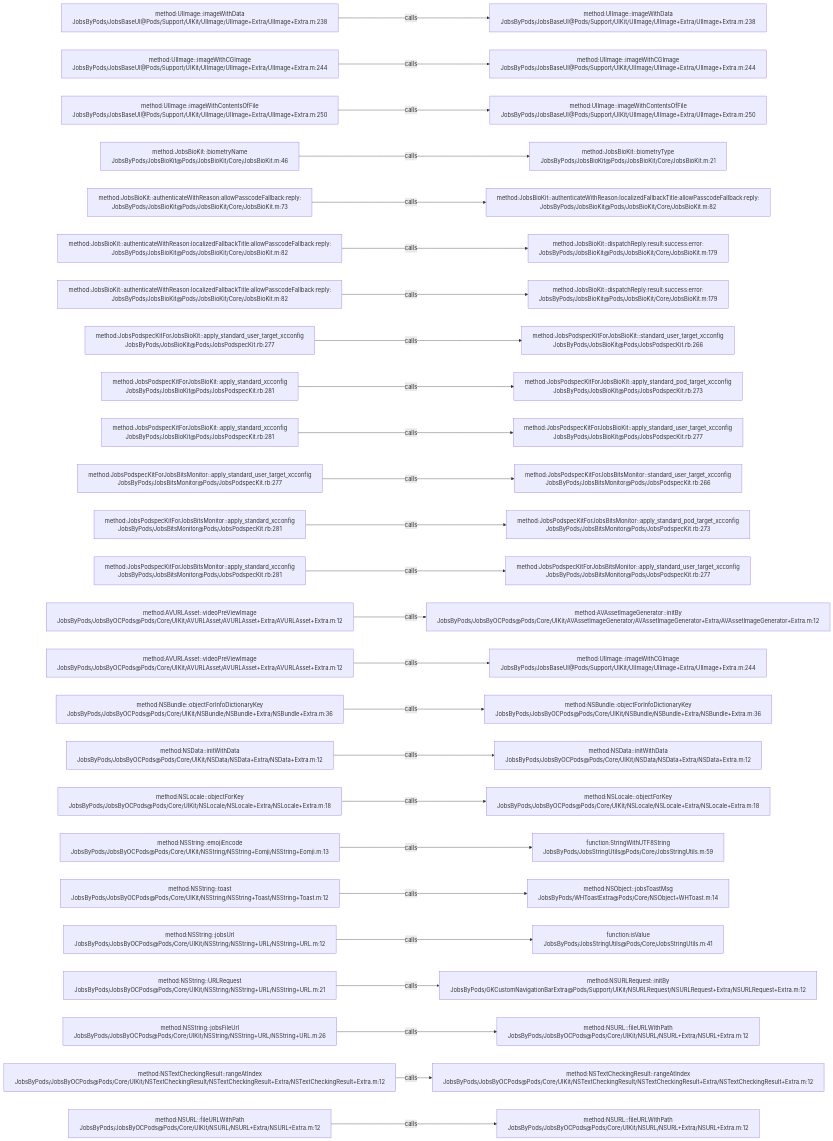
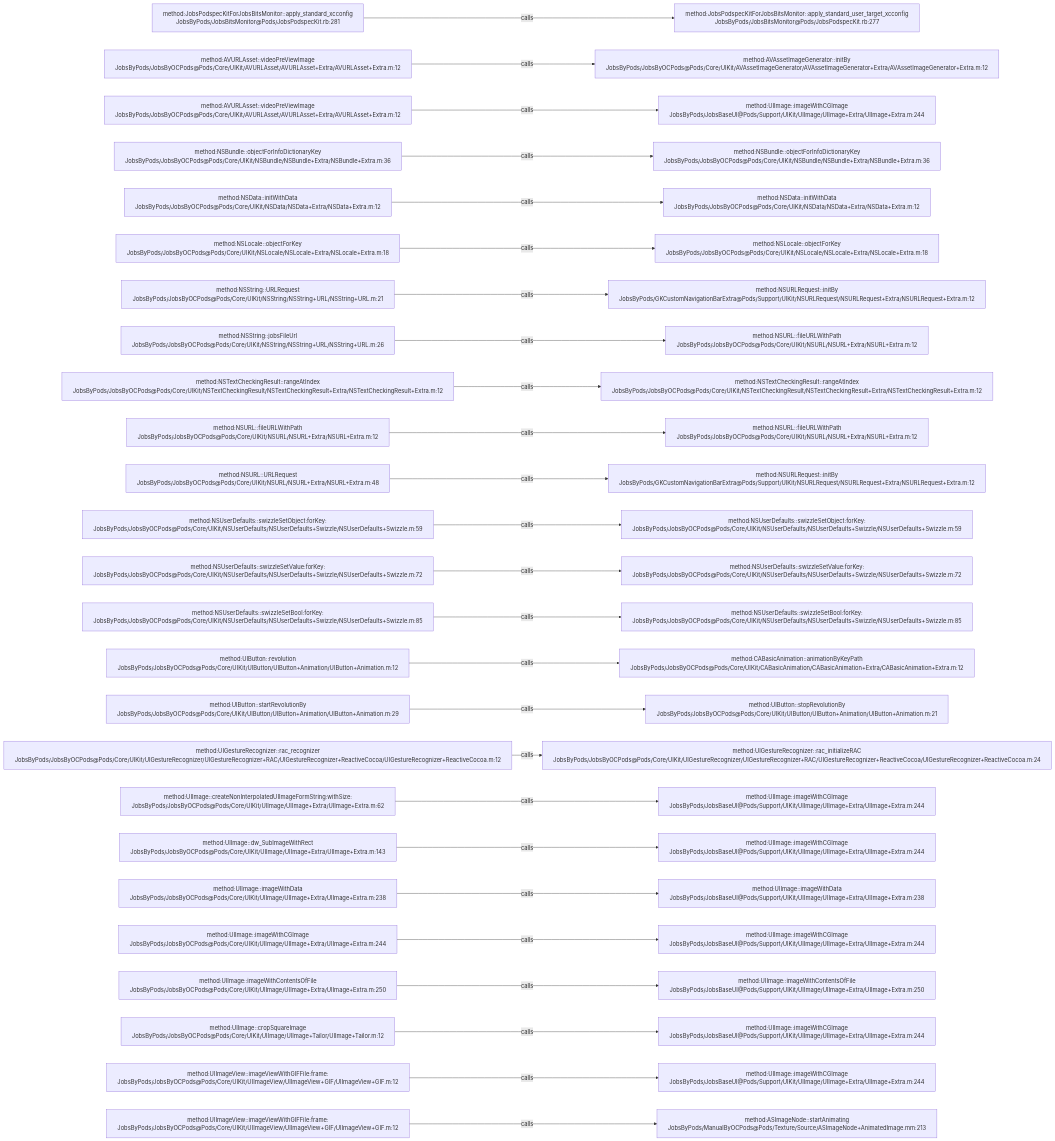
One commit to JobsKits/JobsOCBaseConfigDemo changed the diagram in .codegraph/codegraph.md/graphs/calls-004.md. Above: the diagram before and after it, drawn with Mermaid. The commit also changed 1353 other files, not shown here.

````diff
--- a/.codegraph/codegraph.md/graphs/calls-004.md
+++ b/.codegraph/codegraph.md/graphs/calls-004.md
@@ -13,78 +13,78 @@
 ```mermaid
 flowchart LR
-  S1["method:UIImage::imageWithData<br/>JobsByPods/JobsBaseUI@Pods/Support/UIKit/UIImage/UIImage+Extra/UIImage+Extra.m:238"]
-  T1["method:UIImage::imageWithData<br/>JobsByPods/JobsBaseUI@Pods/Support/UIKit/UIImage/UIImage+Extra/UIImage+Extra.m:238"]
+  S1["method:JobsPodspecKitForJobsBitsMonitor::apply_standard_xcconfig<br/>JobsByPods/JobsBitsMonitor@Pods/JobsPodspecKit.rb:281"]
+  T1["method:JobsPodspecKitForJobsBitsMonitor::apply_standard_user_target_xcconfig<br/>JobsByPods/JobsBitsMonitor@Pods/JobsPodspecKit.rb:277"]
   S1 -->|calls| T1
-  S2["method:UIImage::imageWithCGImage<br/>JobsByPods/JobsBaseUI@Pods/Support/UIKit/UIImage/UIImage+Extra/UIImage+Extra.m:244"]
-  T2["method:UIImage::imageWithCGImage<br/>JobsByPods/JobsBaseUI@Pods/Support/UIKit/UIImage/UIImage+Extra/UIImage+Extra.m:244"]
+  S2["method:AVURLAsset::videoPreViewImage<br/>JobsByPods/JobsByOCPods@Pods/Core/UIKit/AVURLAsset/AVURLAsset+Extra/AVURLAsset+Extra.m:12"]
+  T2["method:AVAssetImageGenerator::initBy<br/>JobsByPods/JobsByOCPods@Pods/Core/UIKit/AVAssetImageGenerator/AVAssetImageGenerator+Extra/AVAssetImageGenerator+Extra.m:12"]
   S2 -->|calls| T2
-  S3["method:UIImage::imageWithContentsOfFile<br/>JobsByPods/JobsBaseUI@Pods/Support/UIKit/UIImage/UIImage+Extra/UIImage+Extra.m:250"]
-  T3["method:UIImage::imageWithContentsOfFile<br/>JobsByPods/JobsBaseUI@Pods/Support/UIKit/UIImage/UIImage+Extra/UIImage+Extra.m:250"]
+  S3["method:AVURLAsset::videoPreViewImage<br/>JobsByPods/JobsByOCPods@Pods/Core/UIKit/AVURLAsset/AVURLAsset+Extra/AVURLAsset+Extra.m:12"]
+  T3["method:UIImage::imageWithCGImage<br/>JobsByPods/JobsBaseUI@Pods/Support/UIKit/UIImage/UIImage+Extra/UIImage+Extra.m:244"]
   S3 -->|calls| T3
-  S4["method:JobsBioKit::biometryName<br/>JobsByPods/JobsBioKit@Pods/JobsBioKit/Core/JobsBioKit.m:46"]
-  T4["method:JobsBioKit::biometryType<br/>JobsByPods/JobsBioKit@Pods/JobsBioKit/Core/JobsBioKit.m:21"]
+  S4["method:NSBundle::objectForInfoDictionaryKey<br/>JobsByPods/JobsByOCPods@Pods/Core/UIKit/NSBundle/NSBundle+Extra/NSBundle+Extra.m:36"]
+  T4["method:NSBundle::objectForInfoDictionaryKey<br/>JobsByPods/JobsByOCPods@Pods/Core/UIKit/NSBundle/NSBundle+Extra/NSBundle+Extra.m:36"]
   S4 -->|calls| T4
-  S5["method:JobsBioKit::authenticateWithReason:allowPasscodeFallback:reply:<br/>JobsByPods/JobsBioKit@Pods/JobsBioKit/Core/JobsBioKit.m:73"]
-  T5["method:JobsBioKit::authenticateWithReason:localizedFallbackTitle:allowPasscodeFallback:reply:<br/>JobsByPods/JobsBioKit@Pods/JobsBioKit/Core/JobsBioKit.m:82"]
+  S5["method:NSData::initWithData<br/>JobsByPods/JobsByOCPods@Pods/Core/UIKit/NSData/NSData+Extra/NSData+Extra.m:12"]
+  T5["method:NSData::initWithData<br/>JobsByPods/JobsByOCPods@Pods/Core/UIKit/NSData/NSData+Extra/NSData+Extra.m:12"]
   S5 -->|calls| T5
-  S6["method:JobsBioKit::authenticateWithReason:localizedFallbackTitle:allowPasscodeFallback:reply:<br/>JobsByPods/JobsBioKit@Pods/JobsBioKit/Core/JobsBioKit.m:82"]
-  T6["method:JobsBioKit::dispatchReply:result:success:error:<br/>JobsByPods/JobsBioKit@Pods/JobsBioKit/Core/JobsBioKit.m:179"]
+  S6["method:NSLocale::objectForKey<br/>JobsByPods/JobsByOCPods@Pods/Core/UIKit/NSLocale/NSLocale+Extra/NSLocale+Extra.m:18"]
+  T6["method:NSLocale::objectForKey<br/>JobsByPods/JobsByOCPods@Pods/Core/UIKit/NSLocale/NSLocale+Extra/NSLocale+Extra.m:18"]
   S6 -->|calls| T6
-  S7["method:JobsBioKit::authenticateWithReason:localizedFallbackTitle:allowPasscodeFallback:reply:<br/>JobsByPods/JobsBioKit@Pods/JobsBioKit/Core/JobsBioKit.m:82"]
-  T7["method:JobsBioKit::dispatchReply:result:success:error:<br/>JobsByPods/JobsBioKit@Pods/JobsBioKit/Core/JobsBioKit.m:179"]
+  S7["method:NSString::URLRequest<br/>JobsByPods/JobsByOCPods@Pods/Core/UIKit/NSString/NSString+URL/NSString+URL.m:21"]
+  T7["method:NSURLRequest::initBy<br/>JobsByPods/GKCustomNavigationBarExtra@Pods/Support/UIKit/NSURLRequest/NSURLRequest+Extra/NSURLRequest+Extra.m:12"]
   S7 -->|calls| T7
-  S8["method:JobsPodspecKitForJobsBioKit::apply_standard_user_target_xcconfig<br/>JobsByPods/JobsBioKit@Pods/JobsPodspecKit.rb:277"]
-  T8["method:JobsPodspecKitForJobsBioKit::standard_user_target_xcconfig<br/>JobsByPods/JobsBioKit@Pods/JobsPodspecKit.rb:266"]
+  S8["method:NSString::jobsFileUrl<br/>JobsByPods/JobsByOCPods@Pods/Core/UIKit/NSString/NSString+URL/NSString+URL.m:26"]
+  T8["method:NSURL::fileURLWithPath<br/>JobsByPods/JobsByOCPods@Pods/Core/UIKit/NSURL/NSURL+Extra/NSURL+Extra.m:12"]
   S8 -->|calls| T8
-  S9["method:JobsPodspecKitForJobsBioKit::apply_standard_xcconfig<br/>JobsByPods/JobsBioKit@Pods/JobsPodspecKit.rb:281"]
-  T9["method:JobsPodspecKitForJobsBioKit::apply_standard_pod_target_xcconfig<br/>JobsByPods/JobsBioKit@Pods/JobsPodspecKit.rb:273"]
+  S9["method:NSTextCheckingResult::rangeAtIndex<br/>JobsByPods/JobsByOCPods@Pods/Core/UIKit/NSTextCheckingResult/NSTextCheckingResult+Extra/NSTextCheckingResult+Extra.m:12"]
+  T9["method:NSTextCheckingResult::rangeAtIndex<br/>JobsByPods/JobsByOCPods@Pods/Core/UIKit/NSTextCheckingResult/NSTextCheckingResult+Extra/NSTextCheckingResult+Extra.m:12"]
   S9 -->|calls| T9
-  S10["method:JobsPodspecKitForJobsBioKit::apply_standard_xcconfig<br/>JobsByPods/JobsBioKit@Pods/JobsPodspecKit.rb:281"]
-  T10["method:JobsPodspecKitForJobsBioKit::apply_standard_user_target_xcconfig<br/>JobsByPods/JobsBioKit@Pods/JobsPodspecKit.rb:277"]
+  S10["method:NSURL::fileURLWithPath<br/>JobsByPods/JobsByOCPods@Pods/Core/UIKit/NSURL/NSURL+Extra/NSURL+Extra.m:12"]
+  T10["method:NSURL::fileURLWithPath<br/>JobsByPods/JobsByOCPods@Pods/Core/UIKit/NSURL/NSURL+Extra/NSURL+Extra.m:12"]
   S10 -->|calls| T10
-  S11["method:JobsPodspecKitForJobsBitsMonitor::apply_standard_user_target_xcconfig<br/>JobsByPods/JobsBitsMonitor@Pods/JobsPodspecKit.rb:277"]
-  T11["method:JobsPodspecKitForJobsBitsMonitor::standard_user_target_xcconfig<br/>JobsByPods/JobsBitsMonitor@Pods/JobsPodspecKit.rb:266"]
+  S11["method:NSURL::URLRequest<br/>JobsByPods/JobsByOCPods@Pods/Core/UIKit/NSURL/NSURL+Extra/NSURL+Extra.m:48"]
+  T11["method:NSURLRequest::initBy<br/>JobsByPods/GKCustomNavigationBarExtra@Pods/Support/UIKit/NSURLRequest/NSURLRequest+Extra/NSURLRequest+Extra.m:12"]
   S11 -->|calls| T11
-  S12["method:JobsPodspecKitForJobsBitsMonitor::apply_standard_xcconfig<br/>JobsByPods/JobsBitsMonitor@Pods/JobsPodspecKit.rb:281"]
-  T12["method:JobsPodspecKitForJobsBitsMonitor::apply_standard_pod_target_xcconfig<br/>JobsByPods/JobsBitsMonitor@Pods/JobsPodspecKit.rb:273"]
+  S12["method:NSUserDefaults::swizzleSetObject:forKey:<br/>JobsByPods/JobsByOCPods@Pods/Core/UIKit/NSUserDefaults/NSUserDefaults+Swizzle/NSUserDefaults+Swizzle.m:59"]
+  T12["method:NSUserDefaults::swizzleSetObject:forKey:<br/>JobsByPods/JobsByOCPods@Pods/Core/UIKit/NSUserDefaults/NSUserDefaults+Swizzle/NSUserDefaults+Swizzle.m:59"]
   S12 -->|calls| T12
-  S13["method:JobsPodspecKitForJobsBitsMonitor::apply_standard_xcconfig<br/>JobsByPods/JobsBitsMonitor@Pods/JobsPodspecKit.rb:281"]
-  T13["method:JobsPodspecKitForJobsBitsMonitor::apply_standard_user_target_xcconfig<br/>JobsByPods/JobsBitsMonitor@Pods/JobsPodspecKit.rb:277"]
+  S13["method:NSUserDefaults::swizzleSetValue:forKey:<br/>JobsByPods/JobsByOCPods@Pods/Core/UIKit/NSUserDefaults/NSUserDefaults+Swizzle/NSUserDefaults+Swizzle.m:72"]
+  T13["method:NSUserDefaults::swizzleSetValue:forKey:<br/>JobsByPods/JobsByOCPods@Pods/Core/UIKit/NSUserDefaults/NSUserDefaults+Swizzle/NSUserDefaults+Swizzle.m:72"]
   S13 -->|calls| T13
-  S14["method:AVURLAsset::videoPreViewImage<br/>JobsByPods/JobsByOCPods@Pods/Core/UIKit/AVURLAsset/AVURLAsset+Extra/AVURLAsset+Extra.m:12"]
-  T14["method:AVAssetImageGenerator::initBy<br/>JobsByPods/JobsByOCPods@Pods/Core/UIKit/AVAssetImageGenerator/AVAssetImageGenerator+Extra/AVAssetImageGenerator+Extra.m:12"]
+  S14["method:NSUserDefaults::swizzleSetBool:forKey:<br/>JobsByPods/JobsByOCPods@Pods/Core/UIKit/NSUserDefaults/NSUserDefaults+Swizzle/NSUserDefaults+Swizzle.m:85"]
+  T14["method:NSUserDefaults::swizzleSetBool:forKey:<br/>JobsByPods/JobsByOCPods@Pods/Core/UIKit/NSUserDefaults/NSUserDefaults+Swizzle/NSUserDefaults+Swizzle.m:85"]
   S14 -->|calls| T14
-  S15["method:AVURLAsset::videoPreViewImage<br/>JobsByPods/JobsByOCPods@Pods/Core/UIKit/AVURLAsset/AVURLAsset+Extra/AVURLAsset+Extra.m:12"]
-  T15["method:UIImage::imageWithCGImage<br/>JobsByPods/JobsBaseUI@Pods/Support/UIKit/UIImage/UIImage+Extra/UIImage+Extra.m:244"]
+  S15["method:UIButton::revolution<br/>JobsByPods/JobsByOCPods@Pods/Core/UIKit/UIButton/UIButton+Animation/UIButton+Animation.m:12"]
+  T15["method:CABasicAnimation::animationByKeyPath<br/>JobsByPods/JobsByOCPods@Pods/Core/UIKit/CABasicAnimation/CABasicAnimation+Extra/CABasicAnimation+Extra.m:12"]
   S15 -->|calls| T15
-  S16["method:NSBundle::objectForInfoDictionaryKey<br/>JobsByPods/JobsByOCPods@Pods/Core/UIKit/NSBundle/NSBundle+Extra/NSBundle+Extra.m:36"]
-  T16["method:NSBundle::objectForInfoDictionaryKey<br/>JobsByPods/JobsByOCPods@Pods/Core/UIKit/NSBundle/NSBundle+Extra/NSBundle+Extra.m:36"]
+  S16["method:UIButton::startRevolutionBy<br/>JobsByPods/JobsByOCPods@Pods/Core/UIKit/UIButton/UIButton+Animation/UIButton+Animation.m:29"]
+  T16["method:UIButton::stopRevolutionBy<br/>JobsByPods/JobsByOCPods@Pods/Core/UIKit/UIButton/UIButton+Animation/UIButton+Animation.m:21"]
   S16 -->|calls| T16
-  S17["method:NSData::initWithData<br/>JobsByPods/JobsByOCPods@Pods/Core/UIKit/NSData/NSData+Extra/NSData+Extra.m:12"]
-  T17["method:NSData::initWithData<br/>JobsByPods/JobsByOCPods@Pods/Core/UIKit/NSData/NSData+Extra/NSData+Extra.m:12"]
+  S17["method:UIGestureRecognizer::rac_recognizer<br/>JobsByPods/JobsByOCPods@Pods/Core/UIKit/UIGestureRecognizer/UIGestureRecognizer+RAC/UIGestureRecognizer+ReactiveCocoa/UIGestureRecognizer+ReactiveCocoa.m:12"]
+  T17["method:UIGestureRecognizer::rac_initializeRAC<br/>JobsByPods/JobsByOCPods@Pods/Core/UIKit/UIGestureRecognizer/UIGestureRecognizer+RAC/UIGestureRecognizer+ReactiveCocoa/UIGestureRecognizer+ReactiveCocoa.m:24"]
   S17 -->|calls| T17
-  S18["method:NSLocale::objectForKey<br/>JobsByPods/JobsByOCPods@Pods/Core/UIKit/NSLocale/NSLocale+Extra/NSLocale+Extra.m:18"]
-  T18["method:NSLocale::objectForKey<br/>JobsByPods/JobsByOCPods@Pods/Core/UIKit/NSLocale/NSLocale+Extra/NSLocale+Extra.m:18"]
+  S18["method:UIImage::createNonInterpolatedUIImageFormString:withSize:<br/>JobsByPods/JobsByOCPods@Pods/Core/UIKit/UIImage/UIImage+Extra/UIImage+Extra.m:62"]
+  T18["method:UIImage::imageWithCGImage<br/>JobsByPods/JobsBaseUI@Pods/Support/UIKit/UIImage/UIImage+Extra/UIImage+Extra.m:244"]
   S18 -->|calls| T18
-  S19["method:NSString::emojiEncode<br/>JobsByPods/JobsByOCPods@Pods/Core/UIKit/NSString/NSString+Eomji/NSString+Eomji.m:13"]
-  T19["function:StringWithUTF8String<br/>JobsByPods/JobsStringUtils@Pods/Core/JobsStringUtils.m:59"]
+  S19["method:UIImage::dw_SubImageWithRect<br/>JobsByPods/JobsByOCPods@Pods/Core/UIKit/UIImage/UIImage+Extra/UIImage+Extra.m:143"]
+  T19["method:UIImage::imageWithCGImage<br/>JobsByPods/JobsBaseUI@Pods/Support/UIKit/UIImage/UIImage+Extra/UIImage+Extra.m:244"]
   S19 -->|calls| T19
-  S20["method:NSString::toast<br/>JobsByPods/JobsByOCPods@Pods/Core/UIKit/NSString/NSString+Toast/NSString+Toast.m:12"]
-  T20["method:NSObject::jobsToastMsg<br/>JobsByPods/WHToastExtra@Pods/Core/NSObject+WHToast.m:14"]
+  S20["method:UIImage::imageWithData<br/>JobsByPods/JobsByOCPods@Pods/Core/UIKit/UIImage/UIImage+Extra/UIImage+Extra.m:238"]
+  T20["method:UIImage::imageWithData<br/>JobsByPods/JobsBaseUI@Pods/Support/UIKit/UIImage/UIImage+Extra/UIImage+Extra.m:238"]
   S20 -->|calls| T20
-  S21["method:NSString::jobsUrl<br/>JobsByPods/JobsByOCPods@Pods/Core/UIKit/NSString/NSString+URL/NSString+URL.m:12"]
-  T21["function:isValue<br/>JobsByPods/JobsStringUtils@Pods/Core/JobsStringUtils.m:41"]
+  S21["method:UIImage::imageWithCGImage<br/>JobsByPods/JobsByOCPods@Pods/Core/UIKit/UIImage/UIImage+Extra/UIImage+Extra.m:244"]
+  T21["method:UIImage::imageWithCGImage<br/>JobsByPods/JobsBaseUI@Pods/Support/UIKit/UIImage/UIImage+Extra/UIImage+Extra.m:244"]
   S21 -->|calls| T21
-  S22["method:NSString::URLRequest<br/>JobsByPods/JobsByOCPods@Pods/Core/UIKit/NSString/NSString+URL/NSString+URL.m:21"]
-  T22["method:NSURLRequest::initBy<br/>JobsByPods/GKCustomNavigationBarExtra@Pods/Support/UIKit/NSURLRequest/NSURLRequest+Extra/NSURLRequest+Extra.m:12"]
+  S22["method:UIImage::imageWithContentsOfFile<br/>JobsByPods/JobsByOCPods@Pods/Core/UIKit/UIImage/UIImage+Extra/UIImage+Extra.m:250"]
+  T22["method:UIImage::imageWithContentsOfFile<br/>JobsByPods/JobsBaseUI@Pods/Support/UIKit/UIImage/UIImage+Extra/UIImage+Extra.m:250"]
   S22 -->|calls| T22
-  S23["method:NSString::jobsFileUrl<br/>JobsByPods/JobsByOCPods@Pods/Core/UIKit/NSString/NSString+URL/NSString+URL.m:26"]
-  T23["method:NSURL::fileURLWithPath<br/>JobsByPods/JobsByOCPods@Pods/Core/UIKit/NSURL/NSURL+Extra/NSURL+Extra.m:12"]
+  S23["method:UIImage::cropSquareImage<br/>JobsByPods/JobsByOCPods@Pods/Core/UIKit/UIImage/UIImage+Tailor/UIImage+Tailor.m:12"]
+  T23["method:UIImage::imageWithCGImage<br/>JobsByPods/JobsBaseUI@Pods/Support/UIKit/UIImage/UIImage+Extra/UIImage+Extra.m:244"]
   S23 -->|calls| T23
-  S24["method:NSTextCheckingResult::rangeAtIndex<br/>JobsByPods/JobsByOCPods@Pods/Core/UIKit/NSTextCheckingResult/NSTextCheckingResult+Extra/NSTextCheckingResult+Extra.m:12"]
-  T24["method:NSTextCheckingResult::rangeAtIndex<br/>JobsByPods/JobsByOCPods@Pods/Core/UIKit/NSTextCheckingResult/NSTextCheckingResult+Extra/NSTextCheckingResult+Extra.m:12"]
+  S24["method:UIImageView::imageViewWithGIFFile:frame:<br/>JobsByPods/JobsByOCPods@Pods/Core/UIKit/UIImageView/UIImageView+GIF/UIImageView+GIF.m:12"]
+  T24["method:UIImage::imageWithCGImage<br/>JobsByPods/JobsBaseUI@Pods/Support/UIKit/UIImage/UIImage+Extra/UIImage+Extra.m:244"]
   S24 -->|calls| T24
-  S25["method:NSURL::fileURLWithPath<br/>JobsByPods/JobsByOCPods@Pods/Core/UIKit/NSURL/NSURL+Extra/NSURL+Extra.m:12"]
-  T25["method:NSURL::fileURLWithPath<br/>JobsByPods/JobsByOCPods@Pods/Core/UIKit/NSURL/NSURL+Extra/NSURL+Extra.m:12"]
+  S25["method:UIImageView::imageViewWithGIFFile:frame:<br/>JobsByPods/JobsByOCPods@Pods/Core/UIKit/UIImageView/UIImageView+GIF/UIImageView+GIF.m:12"]
+  T25["method:ASImageNode::startAnimating<br/>JobsByPods/ManualByOCPods@Pods/Texture/Source/ASImageNode+AnimatedImage.mm:213"]
   S25 -->|calls| T25
 ```
````
